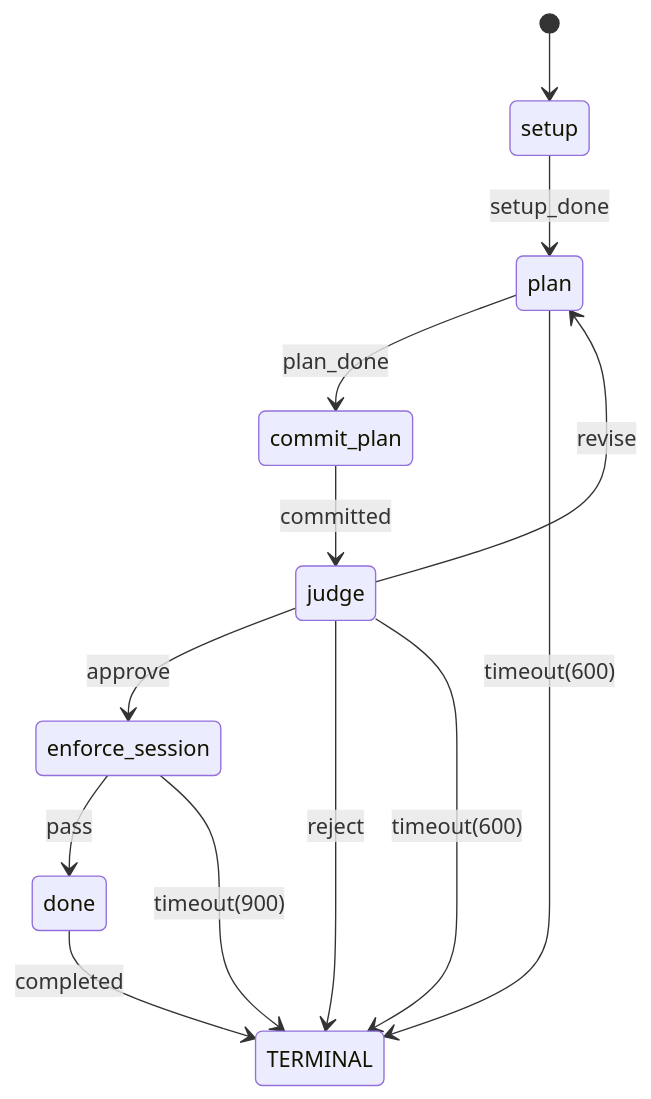
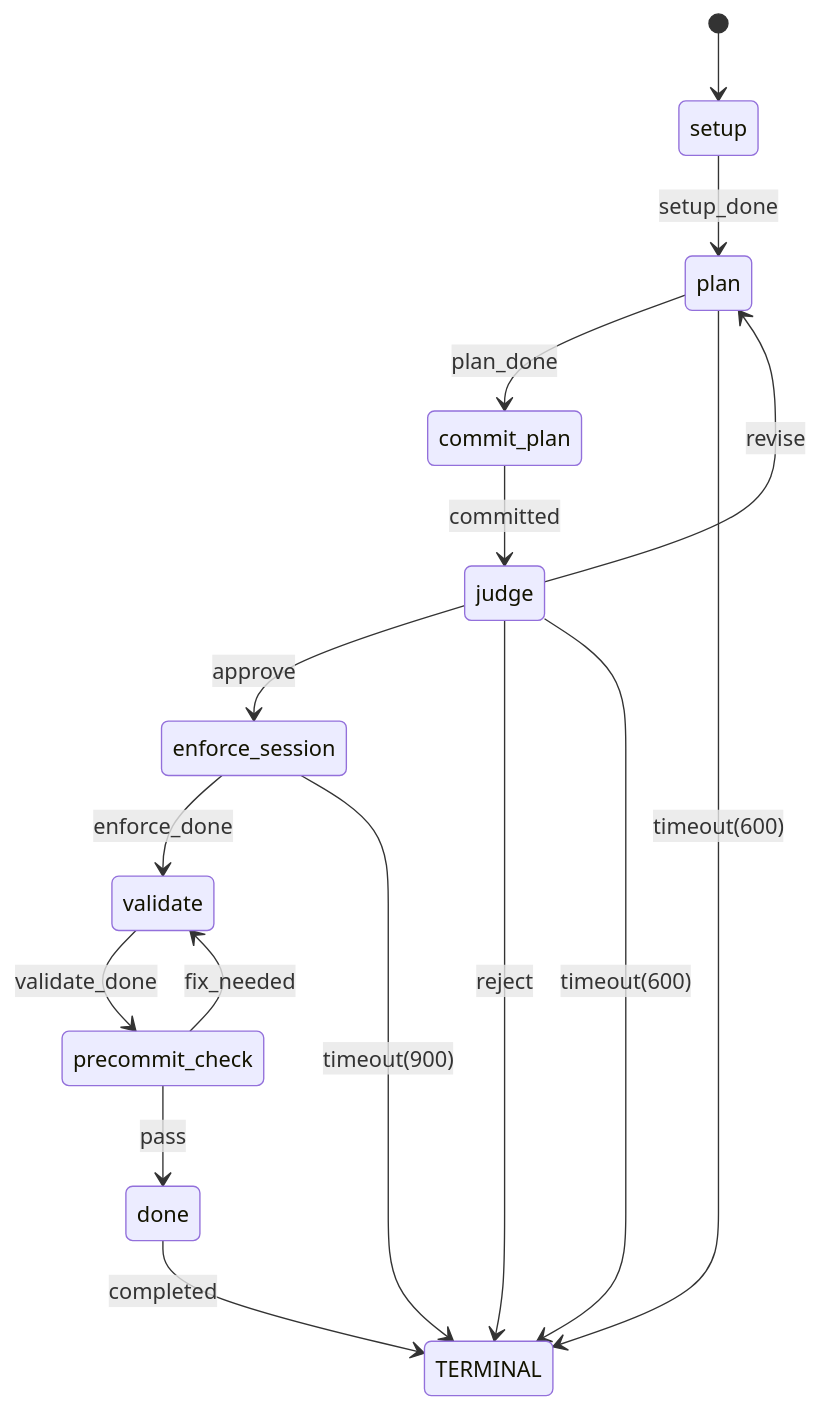
Before and after one commit to sheikkinen/yamlgraph: the diagram in docs/fsm-diagrams/watcher-pipeline-v2/OPERATIONAL.mermaid, drawn with Mermaid. The commit also changed 6 other files, not shown here.

Commit message:
chore: graph fixes

```diff
--- a/docs/fsm-diagrams/watcher-pipeline-v2/OPERATIONAL.mermaid
+++ b/docs/fsm-diagrams/watcher-pipeline-v2/OPERATIONAL.mermaid
@@ -1,22 +1,25 @@
 stateDiagram-v2
     %% Detailed view of OPERATIONAL
 
     [*] --> setup
 
     %% Internal transitions
     setup --> plan : setup_done
     plan --> commit_plan : plan_done
     commit_plan --> judge : committed
     judge --> enforce_session : approve
-    enforce_session --> done : pass
+    enforce_session --> validate : enforce_done
+    validate --> precommit_check : validate_done
+    precommit_check --> done : pass
+    precommit_check --> validate : fix_needed
     judge --> plan : revise
 
     %% External composites
     state TERMINAL
 
     %% Transitions to other composites
     done --> TERMINAL : completed
     judge --> TERMINAL : reject
     plan --> TERMINAL : timeout(600)
     judge --> TERMINAL : timeout(600)
     enforce_session --> TERMINAL : timeout(900)
```
